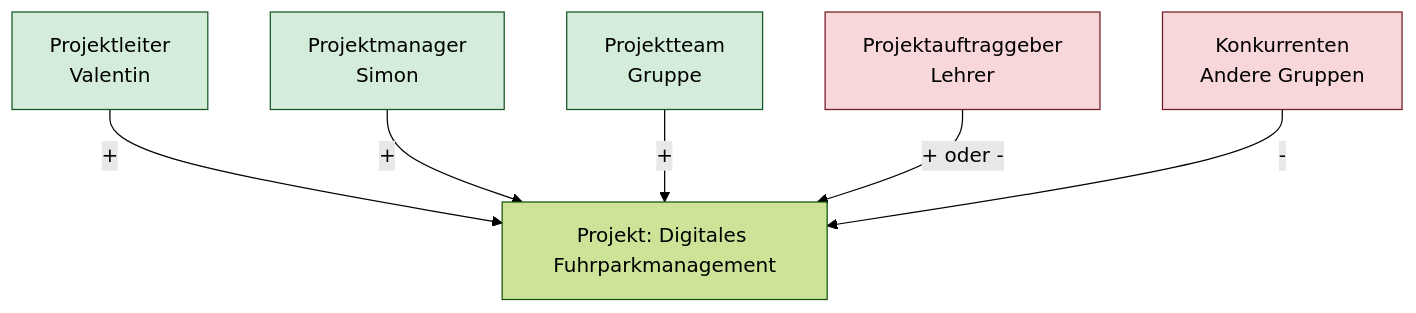
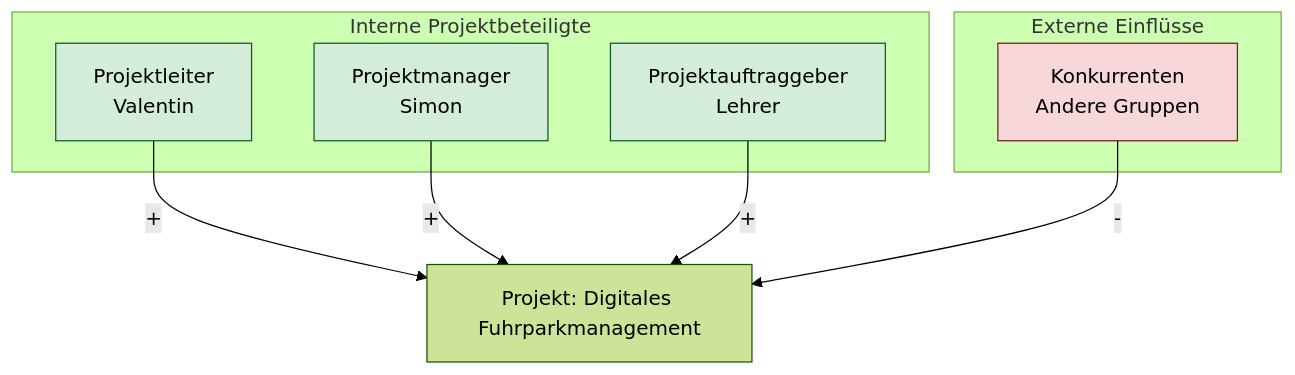
The third of 3 diagrams in mindmap.md (haeuslervalentin/FleetTrack), drawn with Mermaid (forest theme) before and after one commit. The commit also changed other lines of this file, not shown here.

Commit message:
Projektumweltanalyse und Deadline added

````diff
--- a/mindmap.md
+++ b/mindmap.md
@@ -142,23 +145,30 @@
 ```mermaid
 graph TD
+    %% Subgraph für interne Rollen
+    subgraph Intern ["Interne Projektbeteiligte"]
+        PL[Projektleiter<br/>Valentin]
+        PM[Projektmanager<br/>Simon]
+        AG[Projektauftraggeber<br/>Lehrer]
+    end
 
+    %% Subgraph für externe Rollen
+    subgraph Extern ["Externe Einflüsse"]
+        KONK[Konkurrenten<br/>Andere Gruppen]
+    end
+
+    %% Das zentrale Projekt
     P[Projekt: Digitales Fuhrparkmanagement]
 
-    PL[Projektleiter<br/>Valentin]
-    PM[Projektmanager<br/>Simon]
-    TEAM[Projektteam<br/>Gruppe]
-    AG[Projektauftraggeber<br/>Lehrer]
-    KONK[Konkurrenten<br/>Andere Gruppen]
-
+    %% Verknüpfungen
     PL -->|+| P
     PM -->|+| P
-    TEAM -->|+| P
-    AG -->|+ oder -| P
+    AG -->|+| P
     KONK -->|-| P
 
+    %% Styling
     classDef intern fill:#d4edda,stroke:#155724,color:#000;
     classDef extern fill:#f8d7da,stroke:#721c24,color:#000;
-
-    class PL,PM,TEAM intern;
-    class AG,KONK extern;
+    
+    class AG,PL,PM intern;
+    class KONK extern;
 ```
````
